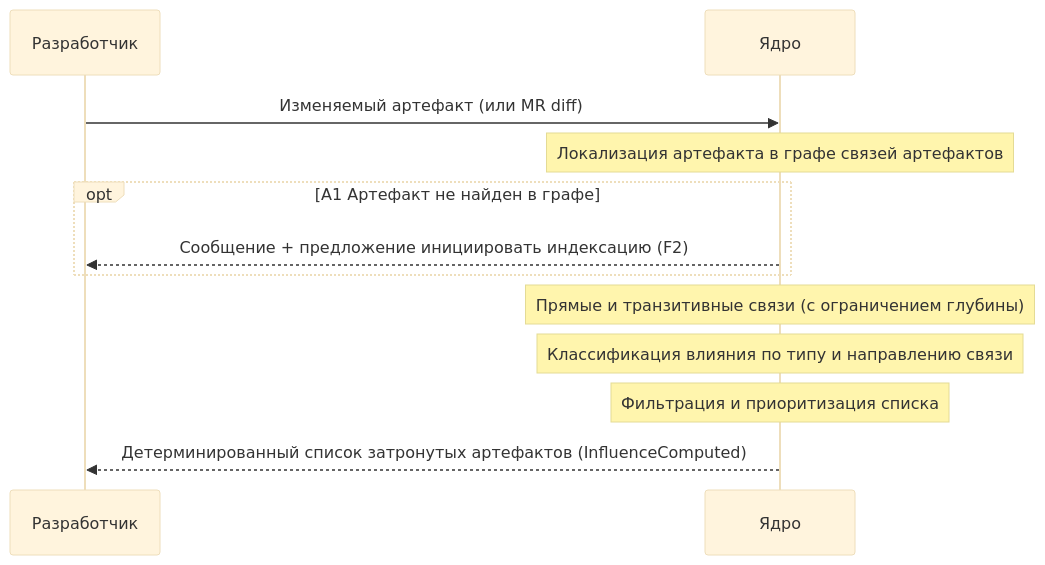
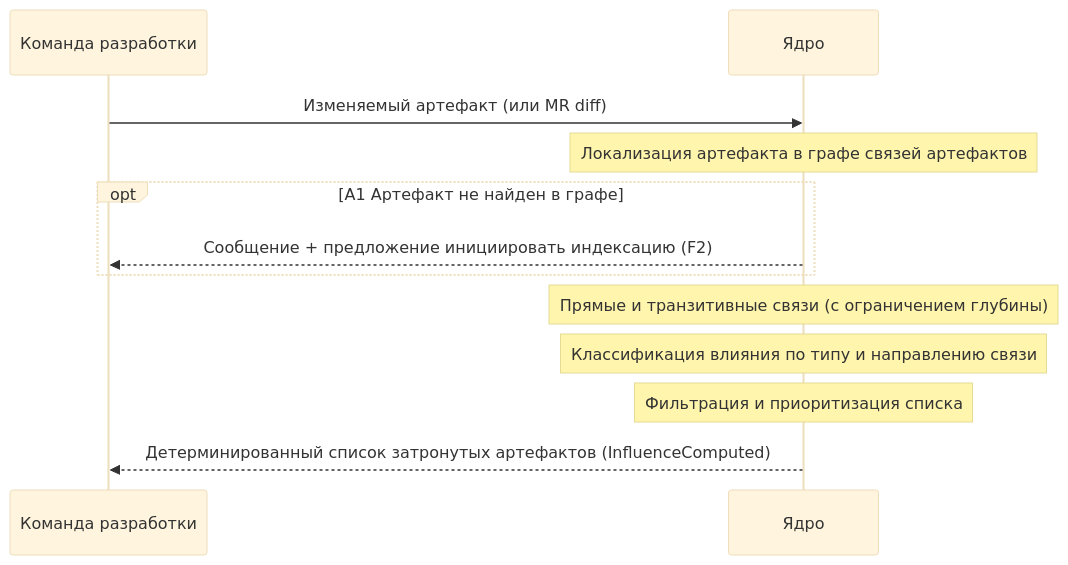
One commit to n-marusov/graphrag changed the diagram in specs/use-cases/UC-context.impact.analyze.md. Above: the diagram before and after it, drawn with Mermaid (base theme). The commit also changed other lines of this file and 5 other files, not shown here.

First line of the commit message:
docs(use-cases): align diagram actors with container names

````diff
--- a/specs/use-cases/UC-context.impact.analyze.md
+++ b/specs/use-cases/UC-context.impact.analyze.md
@@ -15,26 +15,26 @@
 ```mermaid
 sequenceDiagram
-    participant User as Разработчик
+    participant User as Команда разработки
     participant Core as Ядро
 
     User->>Core: Изменяемый артефакт (или MR diff)
 
     %% --- 1. Локализация ---
     Note over Core: Локализация артефакта в графе связей артефактов
 
     opt A1 Артефакт не найден в графе
         Core-->>User: Сообщение + предложение инициировать индексацию (F2)
     end
 
     %% --- 2. Вычисление связей ---
     Note over Core: Прямые и транзитивные связи (с ограничением глубины)
 
     %% --- 3. Классификация ---
     Note over Core: Классификация влияния по типу и направлению связи
 
     %% --- 4. Фильтрация и приоритизация ---
     Note over Core: Фильтрация и приоритизация списка
 
     %% --- 5. Результат ---
     Core-->>User: Детерминированный список затронутых артефактов (InfluenceComputed)
 ```
````
